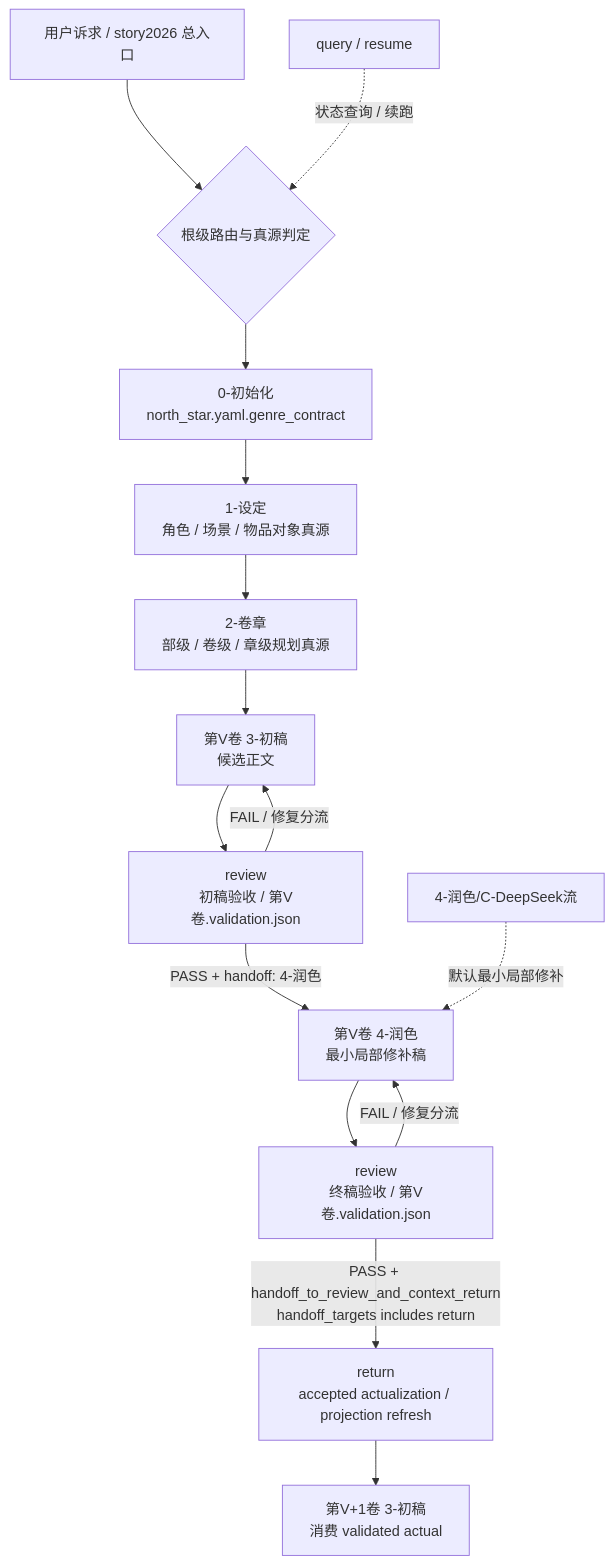
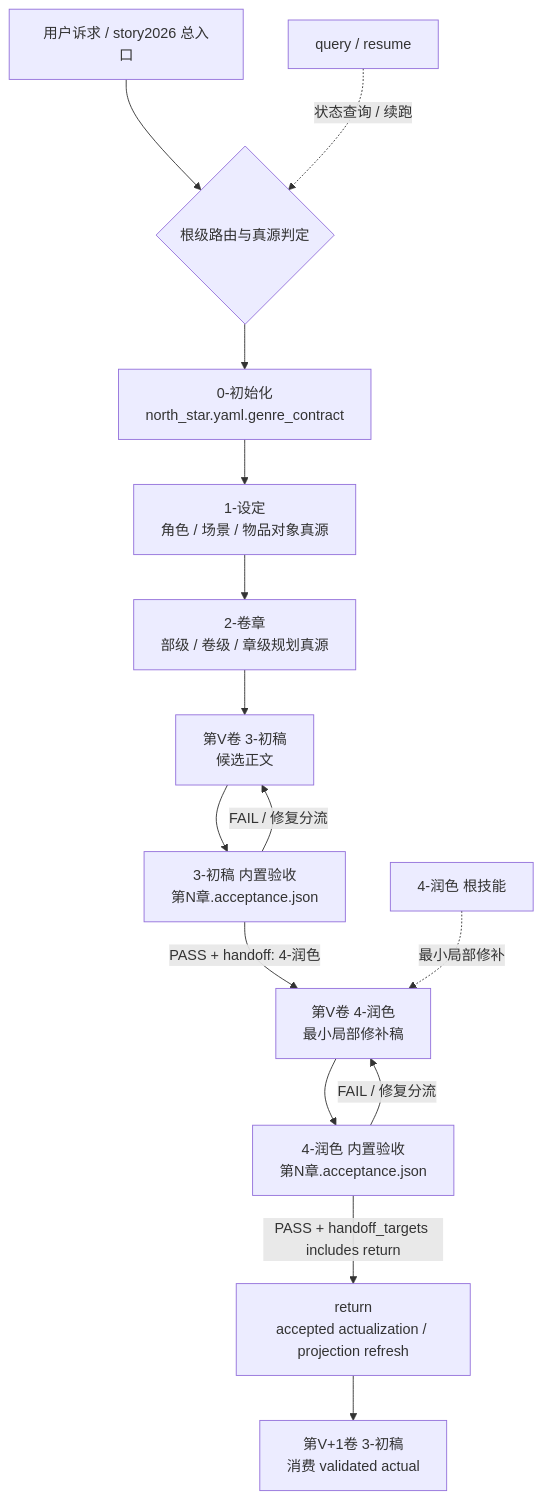
Before and after one commit to ZEN-VOID/AI-CUT: the diagram in .agents/skills/story/SKILL.md, drawn with Mermaid. The commit also changed other lines of this file and 573 other files, not shown here.

````diff
--- a/.agents/skills/story/SKILL.md
+++ b/.agents/skills/story/SKILL.md
@@ -148,17 +152,17 @@
 ```mermaid
 flowchart TD
     A["用户诉求 / story2026 总入口"] --> B{"根级路由与真源判定"}
     B --> C["0-初始化<br/>north_star.yaml.genre_contract"]
     C --> D["1-设定<br/>角色 / 场景 / 物品对象真源"]
     D --> E["2-卷章<br/>部级 / 卷级 / 章级规划真源"]
     E --> F["第V卷 3-初稿<br/>候选正文"]
-    F --> G1["review<br/>初稿验收 / 第V卷.validation.json"]
+    F --> G1["3-初稿 内置验收<br/>第N章.acceptance.json"]
     G1 -->|"FAIL / 修复分流"| F
     G1 -->|"PASS + handoff: 4-润色"| H["第V卷 4-润色<br/>最小局部修补稿"]
-    H --> G2["review<br/>终稿验收 / 第V卷.validation.json"]
+    H --> G2["4-润色 内置验收<br/>第N章.acceptance.json"]
     G2 -->|"FAIL / 修复分流"| H
-    G2 -->|"PASS + handoff_to_review_and_context_return<br/>handoff_targets includes return"| I["return<br/>accepted actualization / projection refresh"]
+    G2 -->|"PASS + handoff_targets includes return"| I["return<br/>accepted actualization / projection refresh"]
     I --> L["第V+1卷 3-初稿<br/>消费 validated actual"]
     J["query / resume"] -.状态查询 / 续跑.-> B
-    K["4-润色/C-DeepSeek流"] -.默认最小局部修补.-> H
+    K["4-润色 根技能"] -.最小局部修补.-> H
 ```
````
